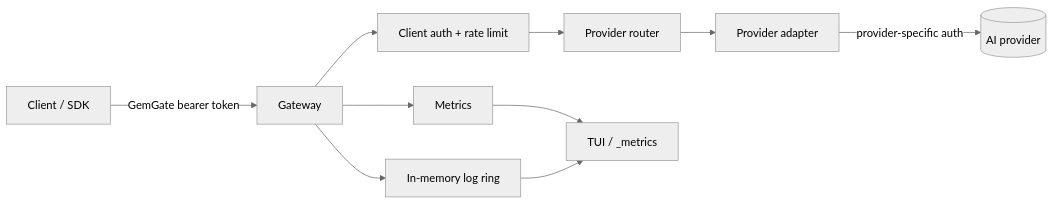
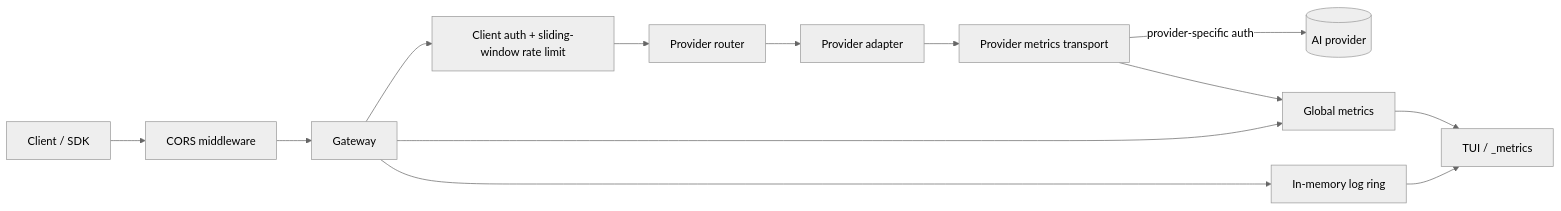
Before and after one commit to Homiakus/GemGate: the diagram in docs/ARCHITECTURE.md, drawn with Mermaid (neutral theme). The commit also changed other lines of this file and 12 other files, not shown here.

Commit message:
Harden CORS rate limits and provider metrics

````diff
--- a/docs/ARCHITECTURE.md
+++ b/docs/ARCHITECTURE.md
@@ -7,12 +7,15 @@
 ```mermaid
 flowchart LR
-    C[Client / SDK] -->|GemGate bearer token| G[Gateway]
-    G --> A[Client auth + rate limit]
+    C[Client / SDK] --> X[CORS middleware]
+    X --> G[Gateway]
+    G --> A[Client auth + sliding-window rate limit]
     A --> R[Provider router]
     R --> P[Provider adapter]
-    P -->|provider-specific auth| U[(AI provider)]
-    G --> M[Metrics]
+    P --> PM[Provider metrics transport]
+    PM -->|provider-specific auth| U[(AI provider)]
+    G --> M[Global metrics]
     G --> L[In-memory log ring]
+    PM --> M
     M --> T[TUI / _metrics]
     L --> T
 ```
````
